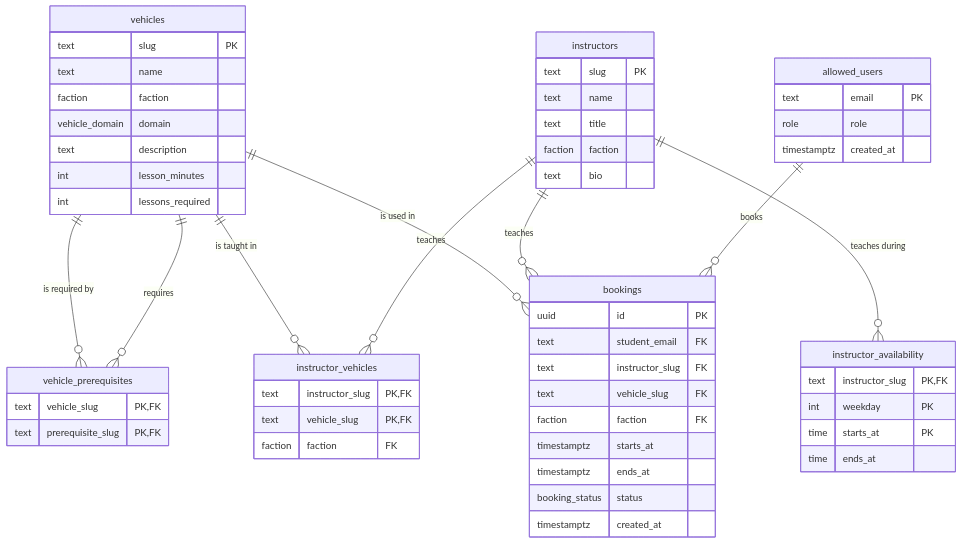
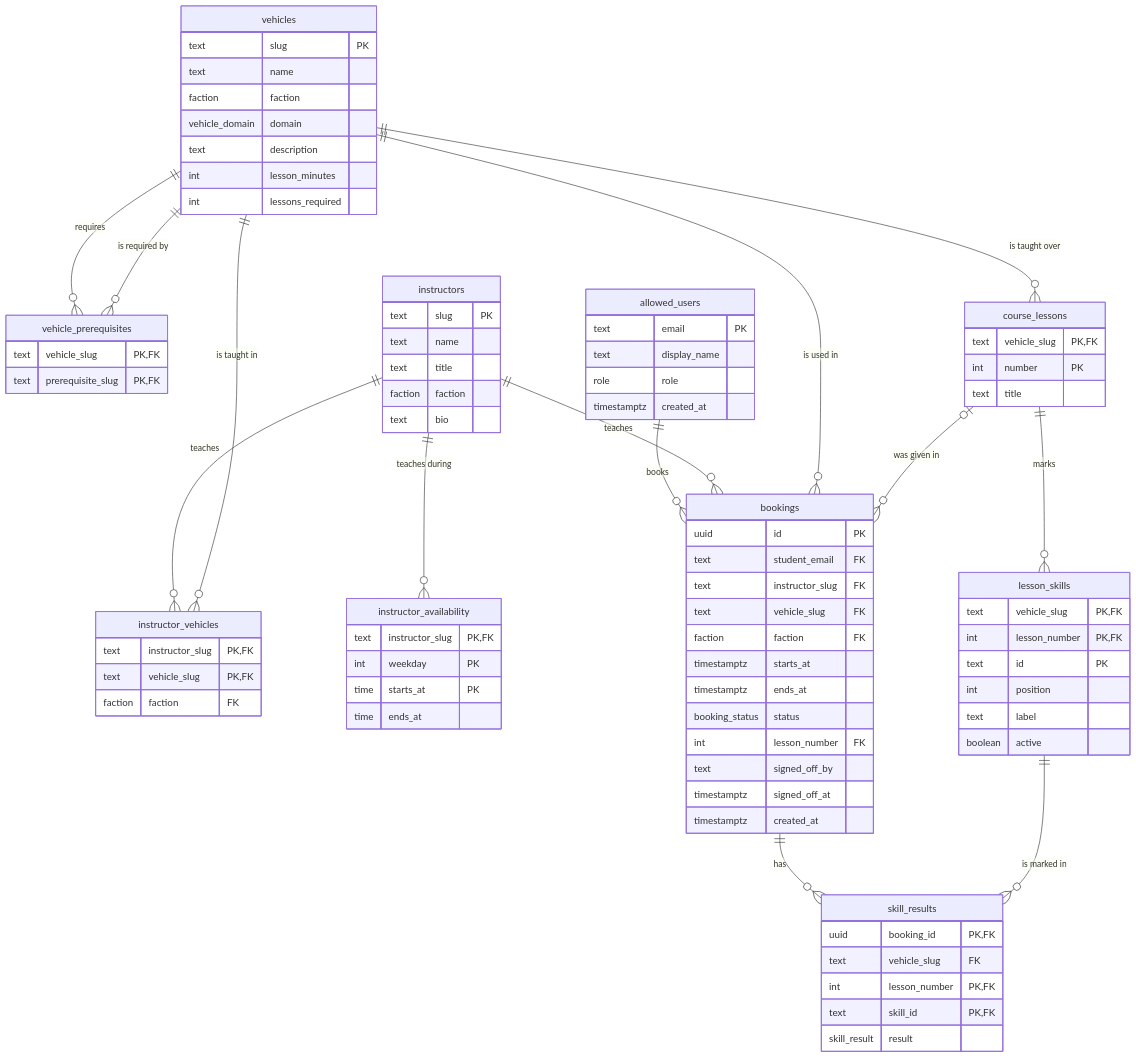
The seventh of 8 diagrams in ARCHITECTURE.md (Valiance-Studios/halo-drivers-ed), drawn with Mermaid before and after one commit. The commit also changed other lines of this file and 58 other files, not shown here.

First line of the commit message:
Add lesson plans, instructor forms, sign-off and View As (#6)

````diff
--- a/ARCHITECTURE.md
+++ b/ARCHITECTURE.md
@@ -227,10 +258,34 @@
         timestamptz starts_at
         timestamptz ends_at
         booking_status status
+        int lesson_number FK
+        text signed_off_by
+        timestamptz signed_off_at
         timestamptz created_at
+    }
+    course_lessons {
+        text vehicle_slug PK,FK
+        int number PK
+        text title
+    }
+    lesson_skills {
+        text vehicle_slug PK,FK
+        int lesson_number PK,FK
+        text id PK
+        int position
+        text label
+        boolean active
+    }
+    skill_results {
+        uuid booking_id PK,FK
+        text vehicle_slug FK
+        int lesson_number PK,FK
+        text skill_id PK,FK
+        skill_result result
     }
     allowed_users {
         text email PK
+        text display_name
         role role
         timestamptz created_at
     }
@@ -243,4 +298,9 @@
     allowed_users ||--o{ bookings : "books"
     instructors ||--o{ bookings : "teaches"
     vehicles ||--o{ bookings : "is used in"
+    vehicles ||--o{ course_lessons : "is taught over"
+    course_lessons ||--o{ lesson_skills : "marks"
+    course_lessons |o--o{ bookings : "was given in"
+    bookings ||--o{ skill_results : "has"
+    lesson_skills ||--o{ skill_results : "is marked in"
 ```
````
